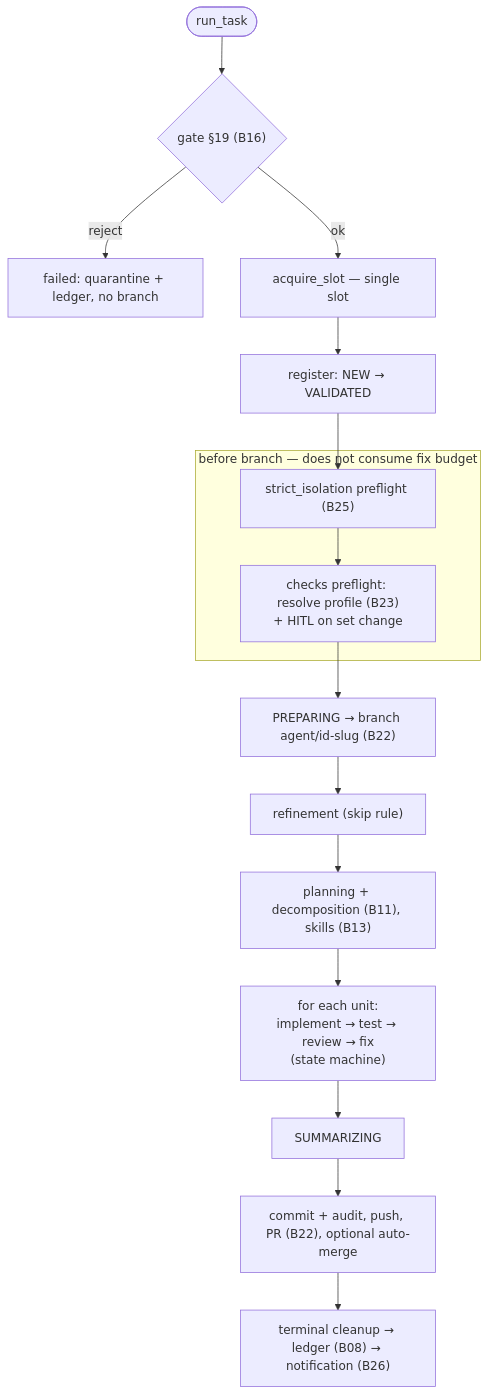
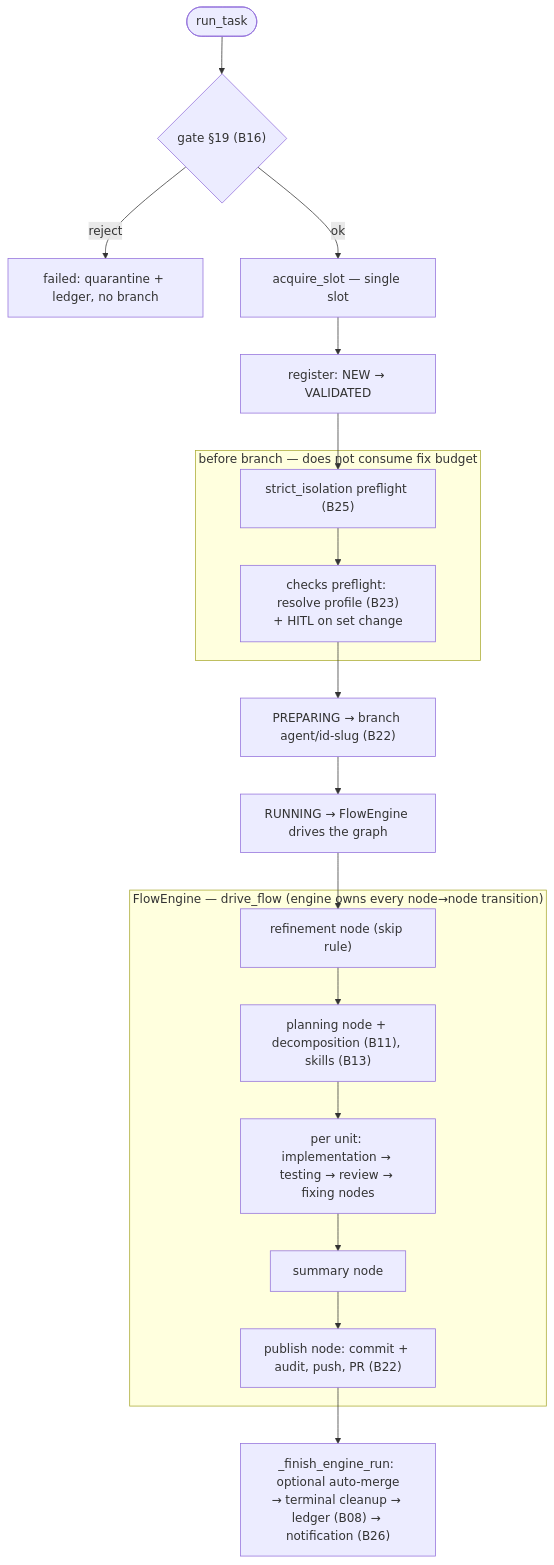
The diagram in docs/functional/blocks/B06-orchestrator-pipeline.md (VladimirMakarevich/wastech-orchestrator), drawn with Mermaid before and after one commit. The commit also changed other lines of this file and 31 other files, not shown here.

````diff
--- a/docs/functional/blocks/B06-orchestrator-pipeline.md
+++ b/docs/functional/blocks/B06-orchestrator-pipeline.md
@@ -50,20 +51,25 @@
 ```mermaid
 flowchart TB
     rt(["run_task"]) --> gate{"gate §19 (B16)"}
     gate -->|reject| rej["failed: quarantine + ledger, no branch"]
     gate -->|ok| slot["acquire_slot — single slot"]
     slot --> reg["register: NEW → VALIDATED"]
     reg --> iso
 
     subgraph before["before branch — does not consume fix budget"]
       iso["strict_isolation preflight (B25)"] --> chk["checks preflight: resolve profile (B23)<br/>+ HITL on set change"]
     end
 
     chk --> branch["PREPARING → branch agent/id-slug (B22)"]
-    branch --> refine["refinement (skip rule)"]
-    refine --> plan["planning + decomposition (B11), skills (B13)"]
-    plan --> units["for each unit:<br/>implement → test → review → fix<br/>(state machine)"]
-    units --> summ["SUMMARIZING"]
-    summ --> publish["commit + audit, push, PR (B22), optional auto-merge"]
-    publish --> term["terminal cleanup → ledger (B08) → notification (B26)"]
+    branch --> run["RUNNING → FlowEngine drives the graph"]
+
+    subgraph engine["FlowEngine — drive_flow (engine owns every node→node transition)"]
+      refine["refinement node (skip rule)"] --> plan["planning node + decomposition (B11), skills (B13)"]
+      plan --> units["per unit: implementation → testing → review → fixing nodes"]
+      units --> summ["summary node"]
+      summ --> pub["publish node: commit + audit, push, PR (B22)"]
+    end
+
+    run --> refine
+    pub --> term["_finish_engine_run: optional auto-merge<br/>→ terminal cleanup → ledger (B08) → notification (B26)"]
 ```
````
